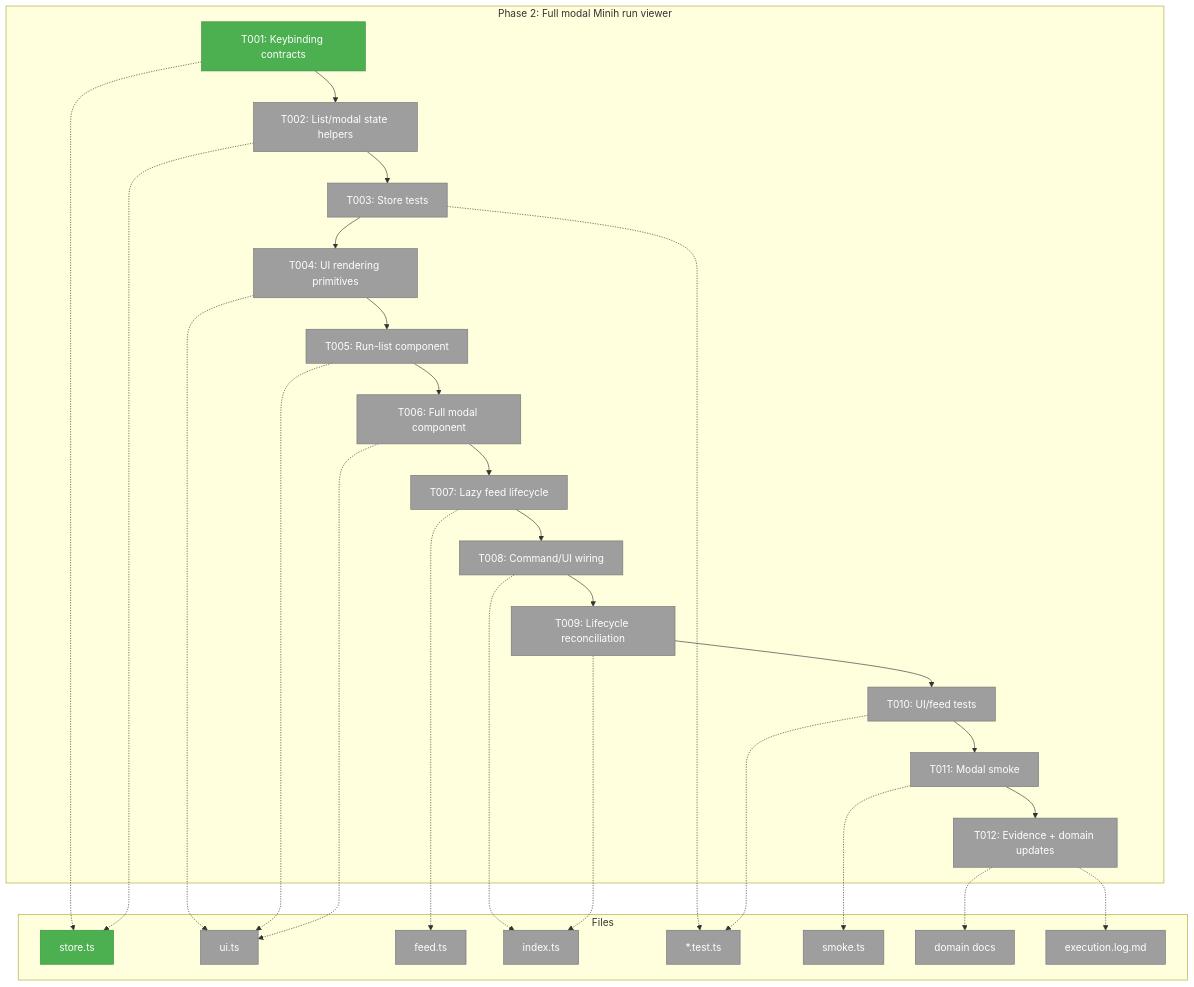
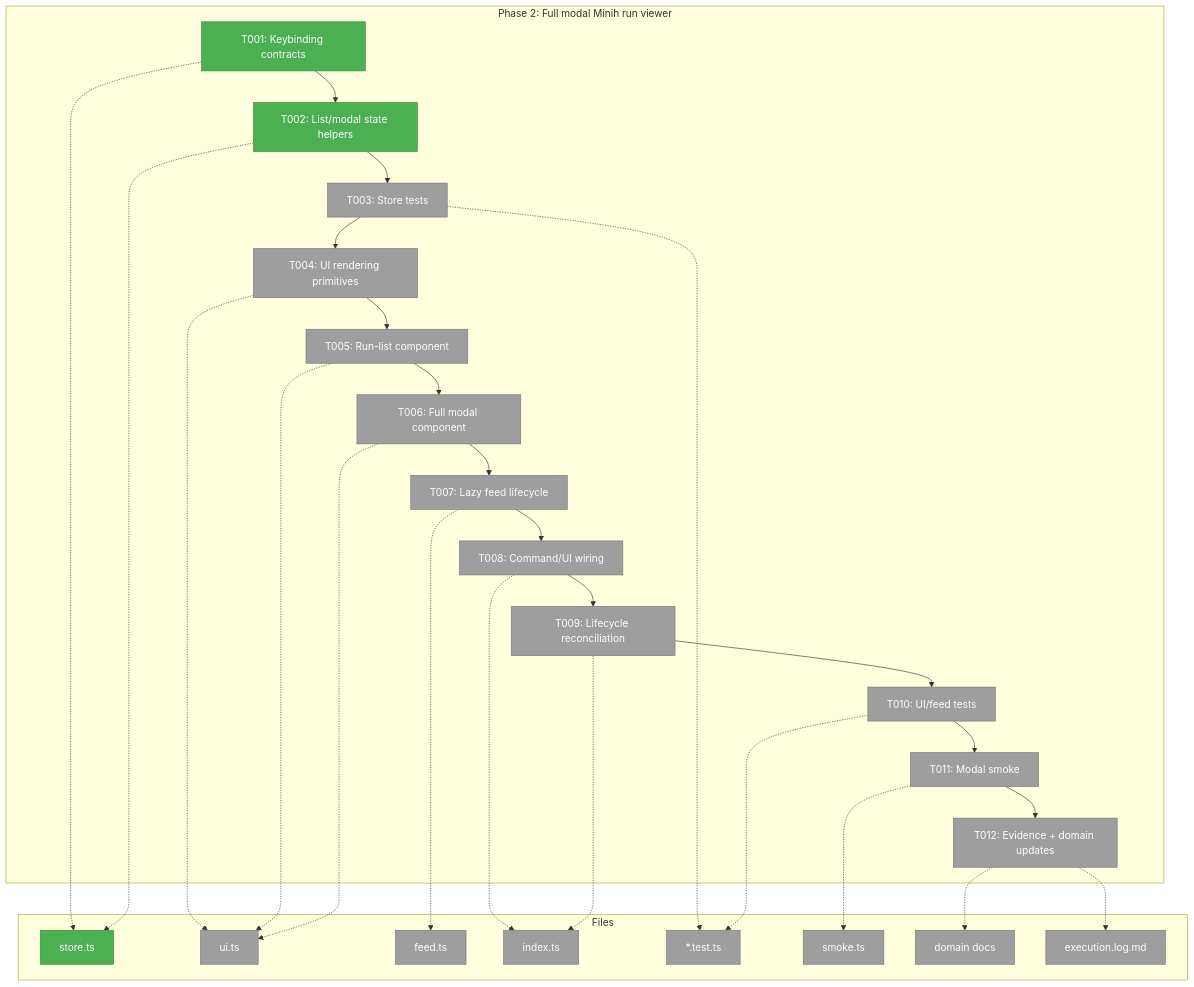
Before and after one commit to vaughanknight/pij: the first of 3 diagrams in docs/plans/007-options-for-pi-extensions-that-do-subagents/tasks/phase-2-full-modal-minih-run-viewer/tasks.md, drawn with Mermaid. The commit also changed other lines of this file and 3 other files, not shown here.

Commit message:
feat(minih): add modal state helpers

````diff
--- a/docs/plans/007-options-for-pi-extensions-that-do-subagents/tasks/phase-2-full-modal-minih-run-viewer/tasks.md
+++ b/docs/plans/007-options-for-pi-extensions-that-do-subagents/tasks/phase-2-full-modal-minih-run-viewer/tasks.md
@@ -135,47 +135,47 @@
 ```mermaid
 flowchart TD
     classDef pending fill:#9E9E9E,stroke:#757575,color:#fff
     classDef inprogress fill:#FFC107,stroke:#FFA000,color:#000
     classDef completed fill:#4CAF50,stroke:#388E3C,color:#fff
 
     subgraph Phase["Phase 2: Full modal Minih run viewer"]
         T001["T001: Keybinding contracts"]:::completed
-        T002["T002: List/modal state helpers"]:::pending
+        T002["T002: List/modal state helpers"]:::completed
         T003["T003: Store tests"]:::pending
         T004["T004: UI rendering primitives"]:::pending
         T005["T005: Run-list component"]:::pending
         T006["T006: Full modal component"]:::pending
         T007["T007: Lazy feed lifecycle"]:::pending
         T008["T008: Command/UI wiring"]:::pending
         T009["T009: Lifecycle reconciliation"]:::pending
         T010["T010: UI/feed tests"]:::pending
         T011["T011: Modal smoke"]:::pending
         T012["T012: Evidence + domain updates"]:::pending
         T001 --> T002 --> T003 --> T004 --> T005 --> T006 --> T007 --> T008 --> T009 --> T010 --> T011 --> T012
     end
 
     subgraph Files["Files"]
         F1["store.ts"]:::completed
         F2["ui.ts"]:::pending
         F3["feed.ts"]:::pending
         F4["index.ts"]:::pending
         F5["*.test.ts"]:::pending
         F6["smoke.ts"]:::pending
         F7["domain docs"]:::pending
         F8["execution.log.md"]:::pending
     end
 
     T001 -.-> F1
     T002 -.-> F1
     T003 -.-> F5
     T004 -.-> F2
     T005 -.-> F2
     T006 -.-> F2
     T007 -.-> F3
     T008 -.-> F4
     T009 -.-> F4
     T010 -.-> F5
     T011 -.-> F6
     T012 -.-> F7
     T012 -.-> F8
 ```
````
